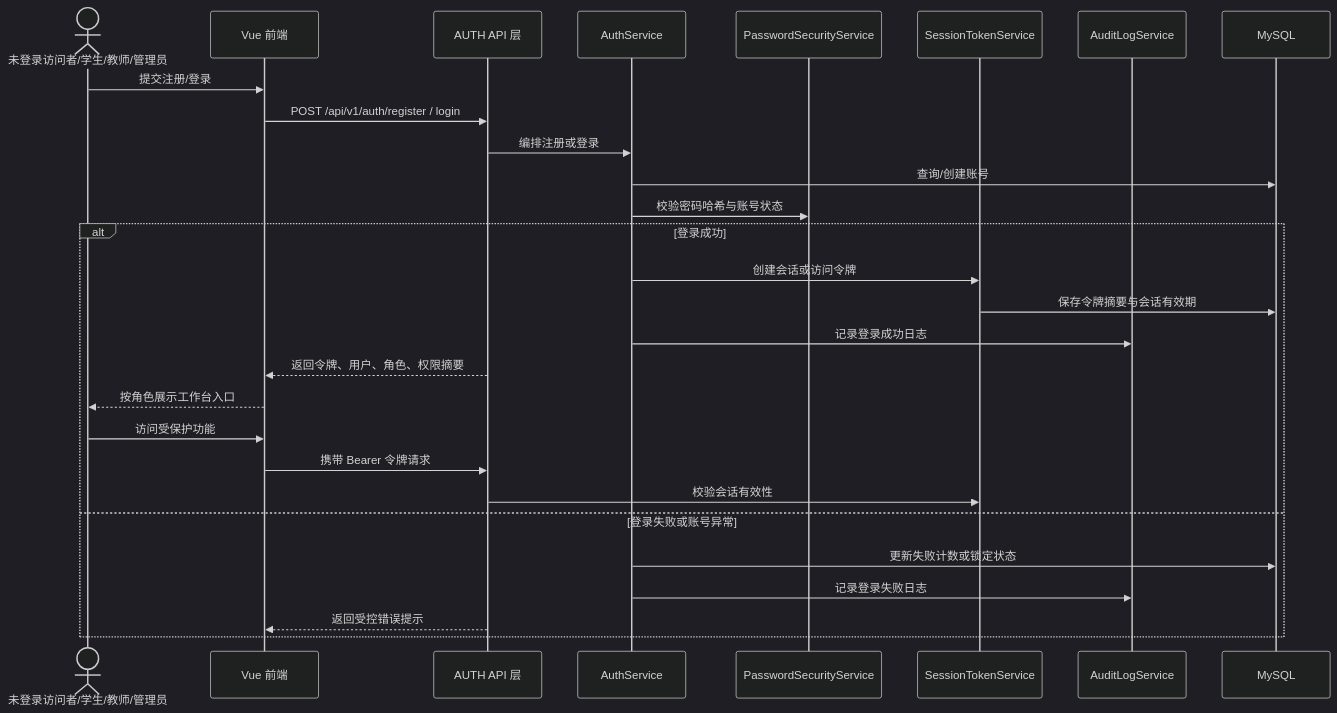
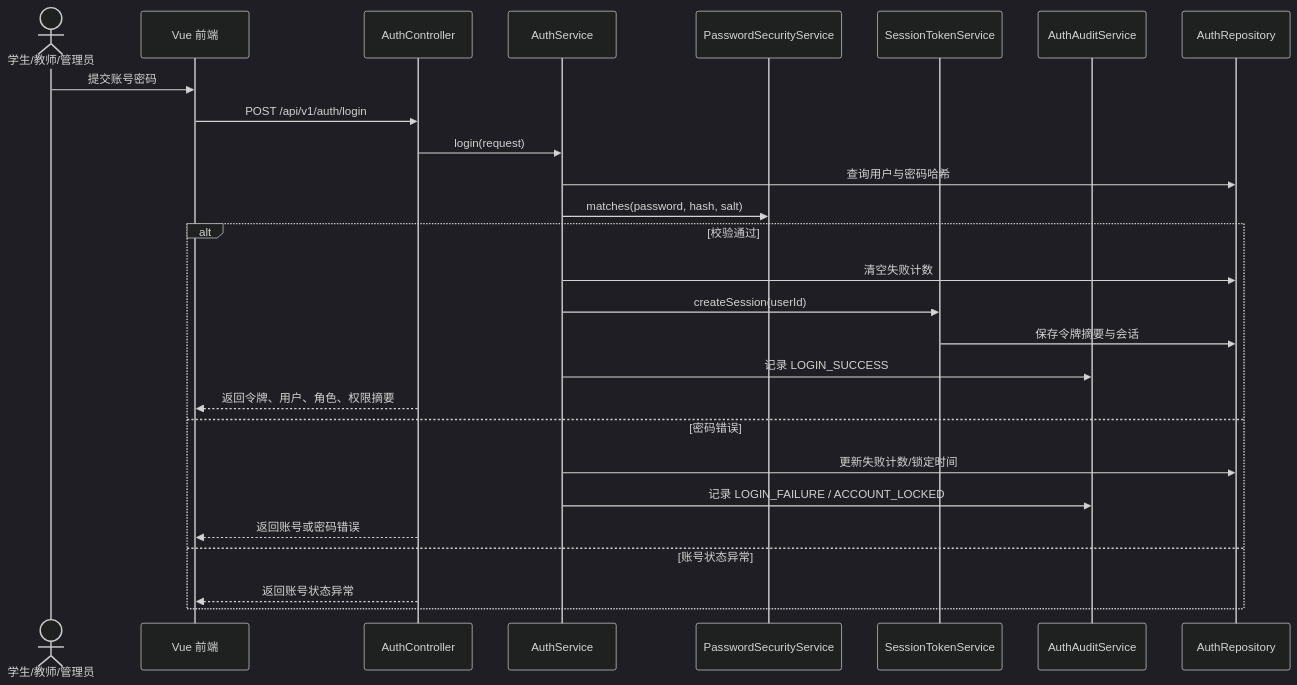
Diagram 17 of 31 in docs/最终提交/软件概要设计说明书.md (Cr4zyorange/OnlineJudge), drawn with Mermaid (dark theme) before and after one commit. The commit also changed other lines of this file and 50 other files, not shown here.

First line of the commit message:
docs(auth): 按终审意见返工场景拆解、图组重绘与 E2E 断言

````diff
--- a/docs/最终提交/软件概要设计说明书.md
+++ b/docs/最终提交/软件概要设计说明书.md
@@ -1889,30 +1911,29 @@
 ```mermaid
 sequenceDiagram
-    actor User as 未登录访问者/学生/教师/管理员
+    actor User as 学生/教师/管理员
     participant FE as Vue 前端
-    participant API as AUTH API 层
+    participant API as AuthController
     participant AS as AuthService
     participant PS as PasswordSecurityService
     participant TS as SessionTokenService
-    participant LS as AuditLogService
-    participant DB as MySQL
-    User->>FE: 提交注册/登录
-    FE->>API: POST /api/v1/auth/register / login
-    API->>AS: 编排注册或登录
-    AS->>DB: 查询/创建账号
-    AS->>PS: 校验密码哈希与账号状态
-    alt 登录成功
-        AS->>TS: 创建会话或访问令牌
-        TS->>DB: 保存令牌摘要与会话有效期
-        AS->>LS: 记录登录成功日志
+    participant LS as AuthAuditService
+    participant R as AuthRepository
+    User->>FE: 提交账号密码
+    FE->>API: POST /api/v1/auth/login
+    API->>AS: login(request)
+    AS->>R: 查询用户与密码哈希
+    AS->>PS: matches(password, hash, salt)
+    alt 校验通过
+        AS->>R: 清空失败计数
+        AS->>TS: createSession(userId)
+        TS->>R: 保存令牌摘要与会话
+        AS->>LS: 记录 LOGIN_SUCCESS
         API-->>FE: 返回令牌、用户、角色、权限摘要
-        FE-->>User: 按角色展示工作台入口
-        User->>FE: 访问受保护功能
-        FE->>API: 携带 Bearer 令牌请求
-        API->>TS: 校验会话有效性
-    else 登录失败或账号异常
-        AS->>DB: 更新失败计数或锁定状态
-        AS->>LS: 记录登录失败日志
-        API-->>FE: 返回受控错误提示
+    else 密码错误
+        AS->>R: 更新失败计数/锁定时间
+        AS->>LS: 记录 LOGIN_FAILURE / ACCOUNT_LOCKED
+        API-->>FE: 返回账号或密码错误
+    else 账号状态异常
+        API-->>FE: 返回账号状态异常
     end
 ```
````
